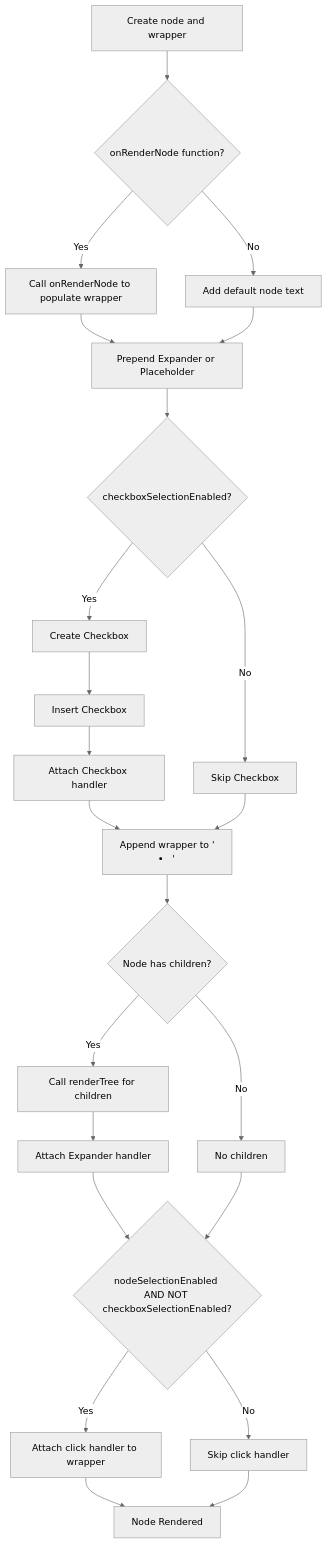
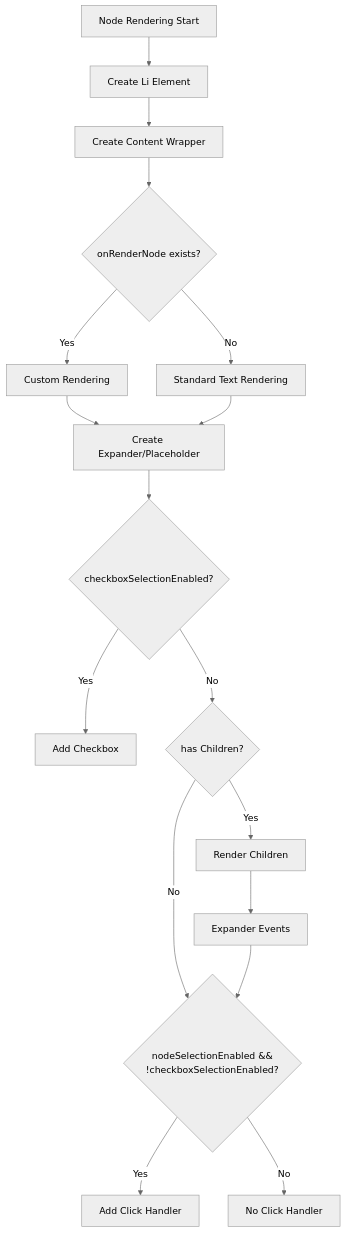
One commit to cip91sk/quercus.js changed the second of 3 diagrams in README.md. Above: the diagram before and after it, drawn with Mermaid (neutral theme). The commit also changed other lines of this file, not shown here.

Commit message:
update mermaid

````diff
--- a/README.md
+++ b/README.md
@@ -354,33 +361,28 @@
 ```mermaid
 graph TD
-    G1[Create node and wrapper]
-    G2{onRenderNode function?}
-    G3[Call onRenderNode to populate wrapper]
-    G4[Add default node text]
-    G5[Prepend Expander or Placeholder]
-    H{checkboxSelectionEnabled?}
-    H1[Create Checkbox]
-    H2[Insert Checkbox]
-    H3[Attach Checkbox handler]
-    H4[Skip Checkbox]
-    I[Append wrapper to '<li>']
-    J{Node has children?}
-    J1[Call renderTree for children]
-    J2[Attach Expander handler]
-    J3[No children]
-    K{nodeSelectionEnabled AND NOT checkboxSelectionEnabled?}
-    K1[Attach click handler to wrapper]
-    K2[Skip click handler]
-    L[Node Rendered]
-    G1 --> G2
-    G2 -- Yes --> G3 --> G5
-    G2 -- No --> G4 --> G5
-    G5 --> H
-    H -- Yes --> H1 --> H2 --> H3 --> I
-    H -- No --> H4 --> I
-    I --> J
-    J -- Yes --> J1 --> J2 --> K
-    J -- No --> J3 --> K
-    K -- Yes --> K1 --> L
-    K -- No --> K2 --> L
+    A[Node Rendering Start] --> B[Create Li Element]
+    B --> C[Create Content Wrapper]
+    
+    C --> D{onRenderNode exists?}
+    D -- Yes --> E1[Custom Rendering]
+    D -- No --> E2[Standard Text Rendering]
+    
+    E1 --> F
+    E2 --> F
+    
+    F[Create Expander/Placeholder]
+    F --> G{checkboxSelectionEnabled?}
+    G -- Yes --> H[Add Checkbox]
+    G -- No --> I
+    
+    I{has Children?}
+    I -- Yes --> J1[Render Children]
+    I -- No --> K
+    
+    J1 --> J2[Expander Events]
+    J2 --> K
+    
+    K{nodeSelectionEnabled &&<br>!checkboxSelectionEnabled?}
+    K -- Yes --> L1[Add Click Handler]
+    K -- No --> L2[No Click Handler]
 ```
````
